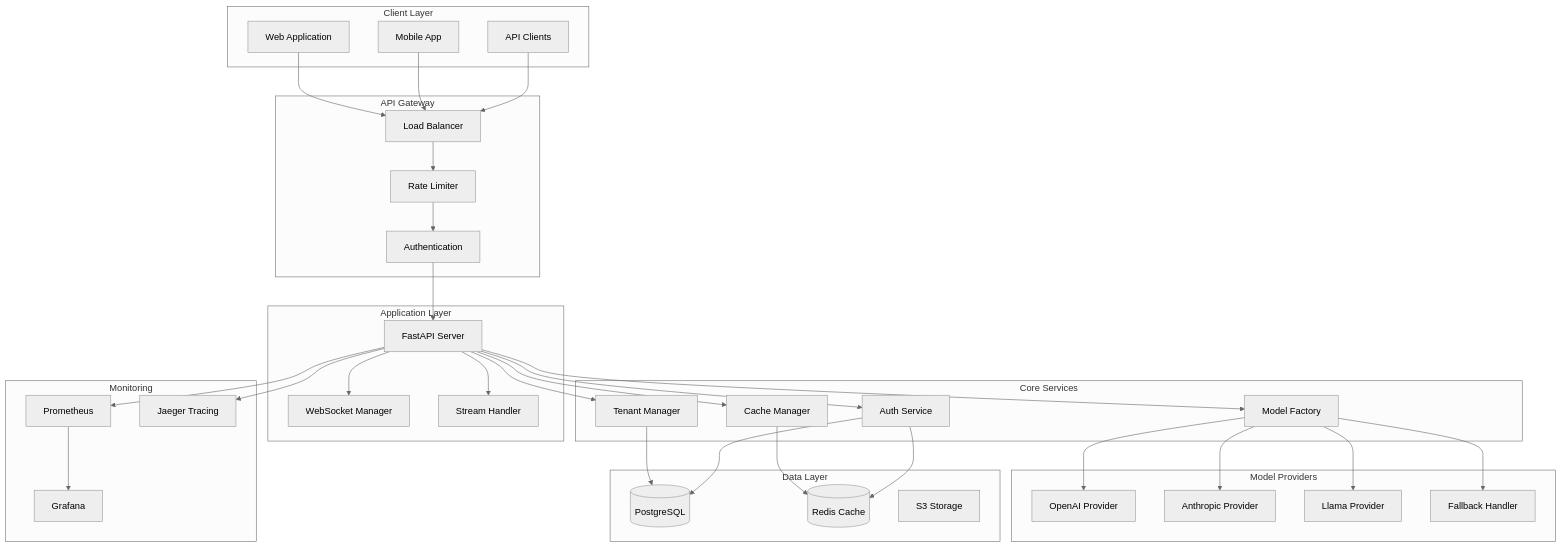
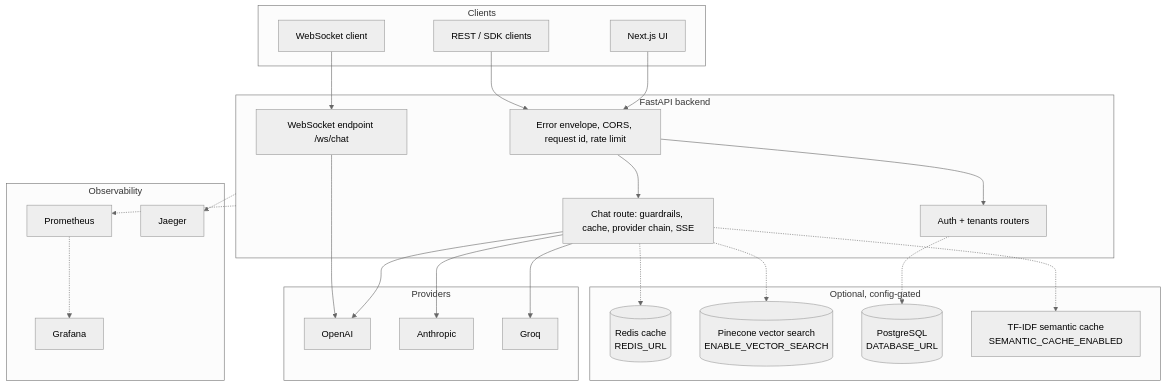
The second of 2 diagrams in docs/architecture/ARCHITECTURE.md (cbratkovics/chatbot-ai-system), drawn with Mermaid (neutral theme) before and after one commit. The commit also changed other lines of this file and 11 other files, not shown here.

Commit message:
docs: honest metrics, ADRs, demo vs full architecture, diagnosis/triage/demo script

````diff
--- a/docs/architecture/ARCHITECTURE.md
+++ b/docs/architecture/ARCHITECTURE.md
@@ -9,76 +29,46 @@
 ```mermaid
-graph TB
-    subgraph "Client Layer"
-        Web[Web Application]
-        Mobile[Mobile App]
-        API[API Clients]
+flowchart TB
+    subgraph Clients
+        UI[Next.js UI]
+        WSC[WebSocket client]
+        REST[REST / SDK clients]
     end
-
-    subgraph "API Gateway"
-        LB[Load Balancer]
-        RateLimit[Rate Limiter]
-        Auth[Authentication]
+    subgraph Backend["FastAPI backend"]
+        MW[Error envelope, CORS, request id, rate limit]
+        CHAT[Chat route: guardrails, cache, provider chain, SSE]
+        WS[WebSocket endpoint /ws/chat]
+        AUTH[Auth + tenants routers]
     end
-
-    subgraph "Application Layer"
-        FastAPI[FastAPI Server]
-        WebSocket[WebSocket Manager]
-        StreamHandler[Stream Handler]
+    subgraph Providers
+        OAI[OpenAI]
+        ANTH[Anthropic]
+        GROQ[Groq]
     end
-
-    subgraph "Core Services"
-        ModelFactory[Model Factory]
-        CacheManager[Cache Manager]
-        TenantManager[Tenant Manager]
-        AuthService[Auth Service]
+    subgraph Optional["Optional, config-gated"]
+        REDIS[(Redis cache<br/>REDIS_URL)]
+        PINE[(Pinecone vector search<br/>ENABLE_VECTOR_SEARCH)]
+        PG[(PostgreSQL<br/>DATABASE_URL)]
+        SEM[TF-IDF semantic cache<br/>SEMANTIC_CACHE_ENABLED]
     end
-
-    subgraph "Model Providers"
-        OpenAI[OpenAI Provider]
-        Anthropic[Anthropic Provider]
-        Llama[Llama Provider]
-        Fallback[Fallback Handler]
+    subgraph Observability
+        PROM[Prometheus]
+        GRAF[Grafana]
+        JAEG[Jaeger]
     end
-
-    subgraph "Data Layer"
-        PostgreSQL[(PostgreSQL)]
-        Redis[(Redis Cache)]
-        S3[S3 Storage]
-    end
-
-    subgraph "Monitoring"
-        Prometheus[Prometheus]
-        Grafana[Grafana]
-        Jaeger[Jaeger Tracing]
-    end
-
-    Web --> LB
-    Mobile --> LB
-    API --> LB
-
-    LB --> RateLimit
-    RateLimit --> Auth
-    Auth --> FastAPI
-
-    FastAPI --> WebSocket
-    FastAPI --> StreamHandler
-
-    FastAPI --> ModelFactory
-    FastAPI --> CacheManager
-    FastAPI --> TenantManager
-    FastAPI --> AuthService
-
-    ModelFactory --> OpenAI
-    ModelFactory --> Anthropic
-    ModelFactory --> Llama
-    ModelFactory --> Fallback
-
-    CacheManager --> Redis
-    TenantManager --> PostgreSQL
-    AuthService --> PostgreSQL
-    AuthService --> Redis
-
-    FastAPI --> Prometheus
-    Prometheus --> Grafana
-    FastAPI --> Jaeger
+    UI --> MW
+    WSC --> WS
+    REST --> MW
+    MW --> CHAT
+    MW --> AUTH
+    CHAT --> OAI
+    CHAT --> ANTH
+    CHAT --> GROQ
+    WS --> OAI
+    CHAT -.-> REDIS
+    CHAT -.-> SEM
+    CHAT -.-> PINE
+    AUTH -.-> PG
+    Backend -.-> PROM
+    PROM -.-> GRAF
+    Backend -.-> JAEG
 ```
````
